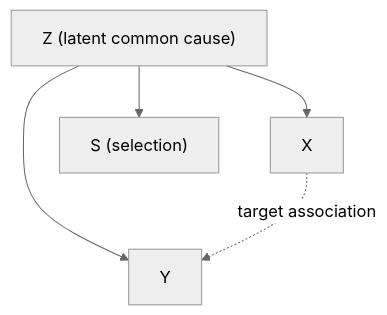
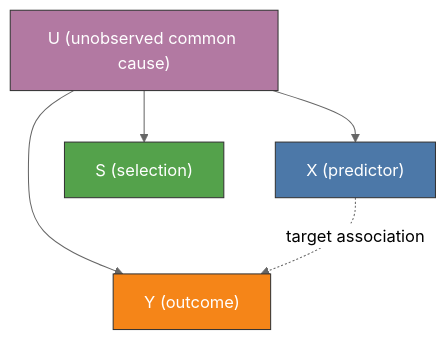
The third of 4 diagrams in scripts/Simulation_study.qmd (bastienchassagnol/convenience-sampling-bias-simulation), drawn with Mermaid (neutral theme) before and after one commit. The commit also changed other lines of this file and 5 other files, not shown here.

````diff
--- a/scripts/Simulation_study.qmd
+++ b/scripts/Simulation_study.qmd
@@ -537,9 +566,17 @@
 ```{mermaid}
 %%| label: fig-confounder
-%%| fig-cap: "Confounding fork: Z is a common cause of X and Y; S depends on Z (selection into the study)."
+%%| fig-cap: "Confounding fork: U is an unobserved common cause of X and Y; S depends on U (selection into the study)."
 flowchart TB
-  Z["Z (latent common cause)"] --> X["X"]
-  Z --> Y["Y"]
+  U["U (unobserved common cause)"] --> X["X (predictor)"]
+  U --> Y["Y (outcome)"]
   X -.->|"target association"| Y
-  Z --> S["S (selection)"]
+  U --> S["S (selection)"]
+  classDef predictor fill:#4C78A8,color:#fff,stroke:#333
+  classDef outcome fill:#F58518,color:#fff,stroke:#333
+  classDef selection fill:#54A24B,color:#fff,stroke:#333
+  classDef latent fill:#B279A2,color:#fff,stroke:#333
+  class X predictor
+  class Y outcome
+  class S selection
+  class U latent
 ```
````
